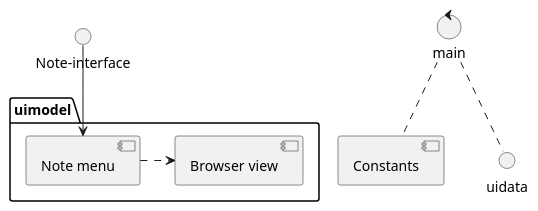
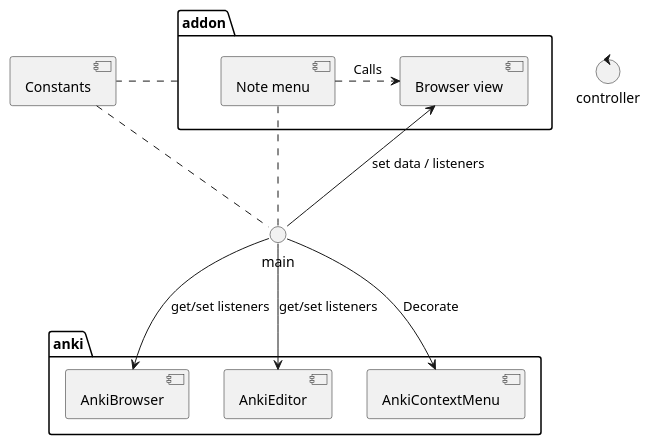
Before and after one commit to ssricardo/anki-plugins: the diagram in schedule-priority/doc/project/inner-browser-components.wsd, drawn with PlantUML. The commit also changed 4 other files, not shown here.

Commit message:
doc update / code preparation for browser addon

```diff
--- a/schedule-priority/doc/project/inner-browser-components.wsd
+++ b/schedule-priority/doc/project/inner-browser-components.wsd
@@ -1,18 +1,34 @@
 @startuml "Web Browser - Components"
 
-control "main"
+' Interface com browser ou editor p pegar selecionado
+'   - Listener: quando current é trocado
+' Atualizador de note
+' Browser: 
+'   - exibir a partir de palavra selecionada
+'   - repassar palavra ou imagem para note
 
+control "controller"
 [Constants] as cons
-interface "Note-interface" as nti
 
-package "uimodel" {
-    [Browser view] as bsr
-    [Note menu] as ctxMenu
+package "anki" {
+    [AnkiBrowser] as abr
+    [AnkiEditor] as aed
+    [AnkiContextMenu] as acm
 }
 
-main .. cons
-main .. uidata
-nti --> ctxMenu
-ctxMenu .> bsr
+package "addon" as ad {
+    [Browser view] as bsr
+    [Note menu] as nMenu
+}
+
+ad .. cons
+main .up. cons
+main --> acm : Decorate
+main .. nMenu
+main --> abr : get/set listeners
+main --> aed : get/set listeners
+main -up-> bsr : set data / listeners
+nMenu .> bsr : Calls
+
 
 @enduml
```
